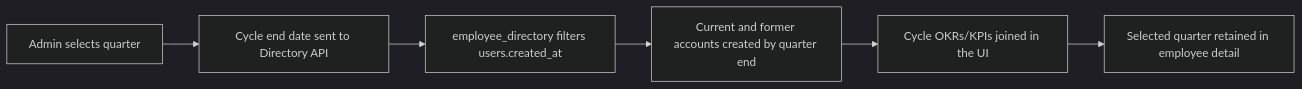
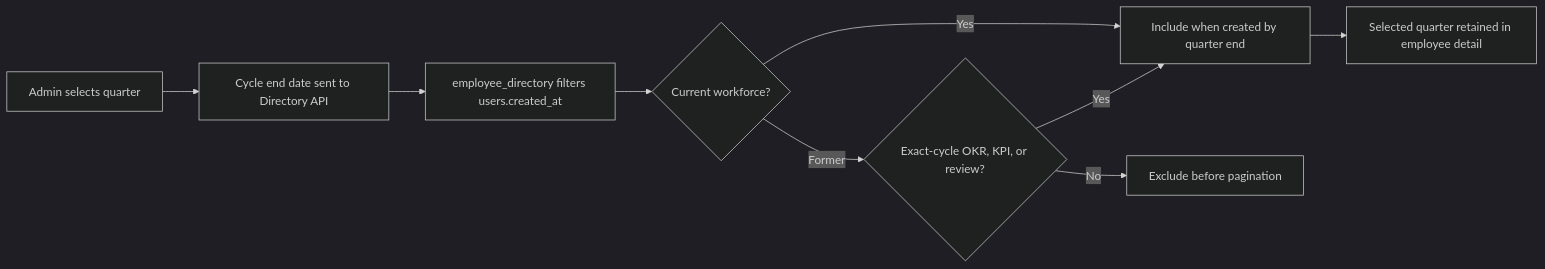
Before and after one commit to may24fc/sn-connect-app: the diagram in docs/features/okr-kpi-cycle-roster/optimization.md, drawn with Mermaid (dark theme). The commit also changed other lines of this file and 8 other files, not shown here.

Commit message:
fix(performance): enforce cycle-specific former employee rosters

````diff
--- a/docs/features/okr-kpi-cycle-roster/optimization.md
+++ b/docs/features/okr-kpi-cycle-roster/optimization.md
@@ -21,8 +23,11 @@
 ```mermaid
 flowchart LR
     A[Admin selects quarter] --> B[Cycle end date sent to Directory API]
     B --> C[employee_directory filters users.created_at]
-    C --> D[Current and former accounts created by quarter end]
-    D --> E[Cycle OKRs/KPIs joined in the UI]
-    E --> F[Selected quarter retained in employee detail]
+    C --> D{Current workforce?}
+    D -->|Yes| E[Include when created by quarter end]
+    D -->|Former| F{Exact-cycle OKR, KPI, or review?}
+    F -->|Yes| E
+    F -->|No| G[Exclude before pagination]
+    E --> H[Selected quarter retained in employee detail]
 ```
````
